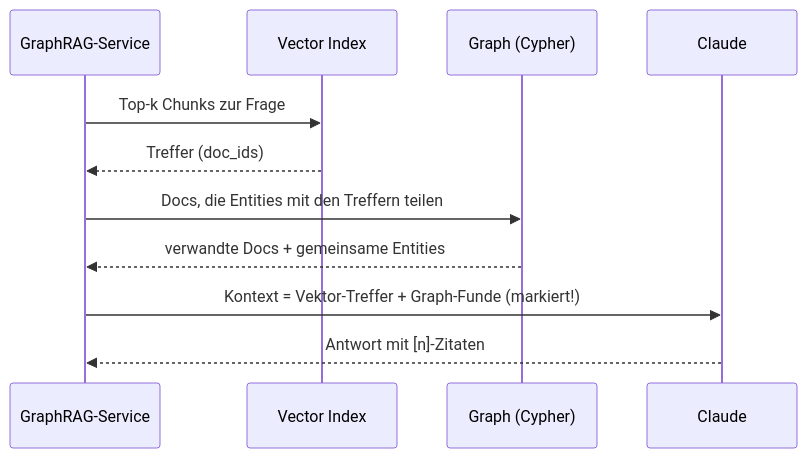
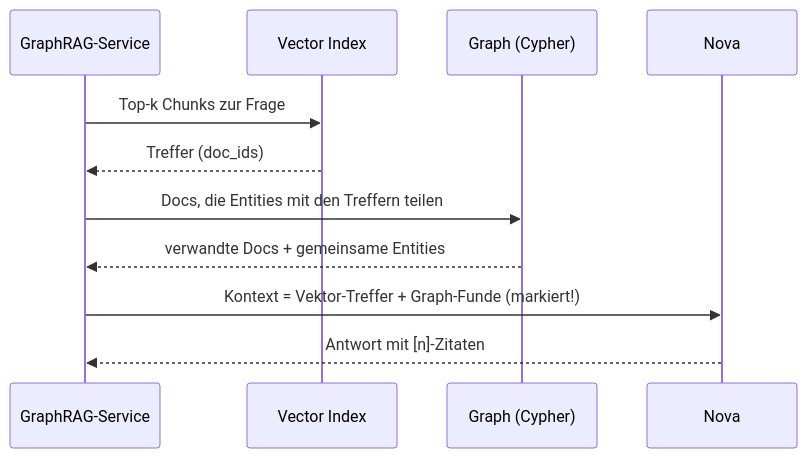
The third of 3 diagrams in tag-2/03-graphrag/theorie.md (AndreyBulezyuk/Architecting_AI_Ready_Software), drawn with Mermaid before and after one commit. The commit also changed 16 other files, not shown here.

````diff
--- a/tag-2/03-graphrag/theorie.md
+++ b/tag-2/03-graphrag/theorie.md
@@ -83,13 +83,13 @@
 ```mermaid
 sequenceDiagram
     participant R as GraphRAG-Service
     participant V as Vector Index
     participant G as Graph (Cypher)
-    participant L as Claude
+    participant L as Nova
     R->>V: Top-k Chunks zur Frage
     V-->>R: Treffer (doc_ids)
     R->>G: Docs, die Entities mit den Treffern teilen
     G-->>R: verwandte Docs + gemeinsame Entities
     R->>L: Kontext = Vektor-Treffer + Graph-Funde (markiert!)
     L-->>R: Antwort mit [n]-Zitaten
 ```
````
